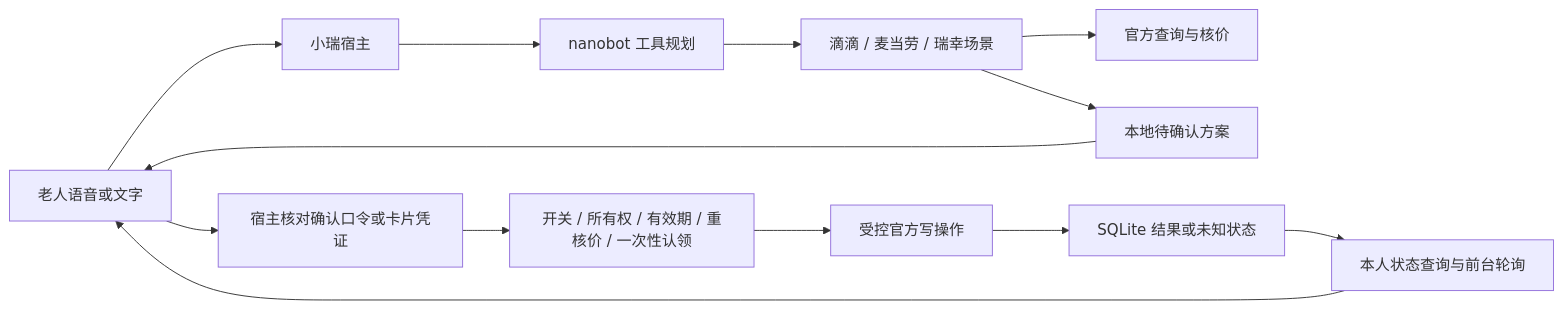
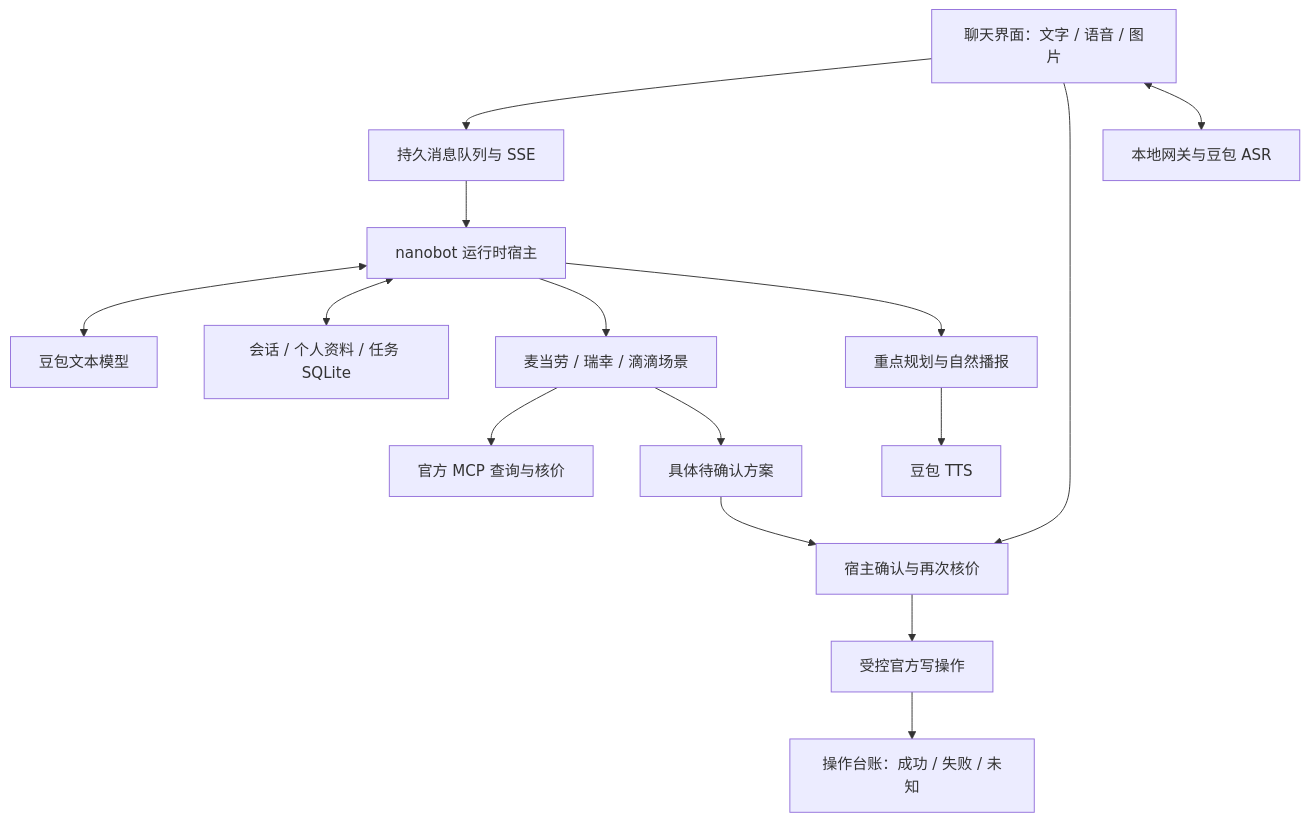
The diagram in ARCHITECTURE.md (kevinguo0351/xiaorui), drawn with Mermaid before and after one commit. The commit also changed other lines of this file and 31 other files, not shown here.

````diff
--- a/ARCHITECTURE.md
+++ b/ARCHITECTURE.md
@@ -7,15 +5,17 @@
 ```mermaid
-flowchart LR
-  User[老人语音或文字] --> Host[小瑞宿主]
-  Host --> Agent[nanobot 工具规划]
-  Agent --> Domains[滴滴 / 麦当劳 / 瑞幸场景]
-  Domains --> Read[官方查询与核价]
-  Domains --> Proposal[本地待确认方案]
-  Proposal --> User
-  User --> Confirm[宿主核对确认口令或卡片凭证]
-  Confirm --> Gate[开关 / 所有权 / 有效期 / 重核价 / 一次性认领]
-  Gate --> Write[受控官方写操作]
-  Write --> Ledger[SQLite 结果或未知状态]
-  Ledger --> Status[本人状态查询与前台轮询]
-  Status --> User
+flowchart TD
+  UI[聊天界面：文字 / 语音 / 图片] --> Inbox[持久消息队列与 SSE]
+  Inbox --> Host[nanobot 运行时宿主]
+  Host <--> Model[豆包文本模型]
+  Host <--> State[会话 / 个人资料 / 任务 SQLite]
+  Host --> Domains[麦当劳 / 瑞幸 / 滴滴场景]
+  Domains --> Query[官方 MCP 查询与核价]
+  Domains --> Proposal[具体待确认方案]
+  UI --> Confirm[宿主确认与再次核价]
+  Proposal --> Confirm
+  Confirm --> Execute[受控官方写操作]
+  Execute --> Ledger[操作台账：成功 / 失败 / 未知]
+  Host --> Speech[重点规划与自然播报]
+  Speech --> TTS[豆包 TTS]
+  UI <--> ASR[本地网关与豆包 ASR]
 ```
````
